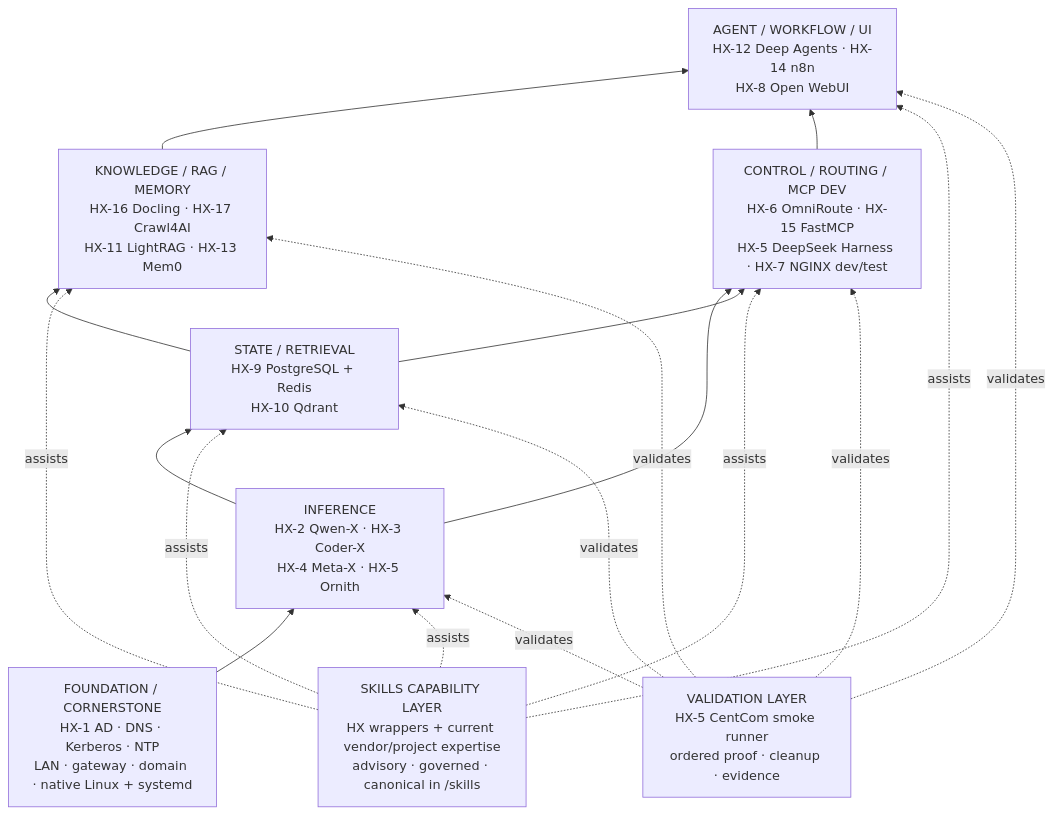
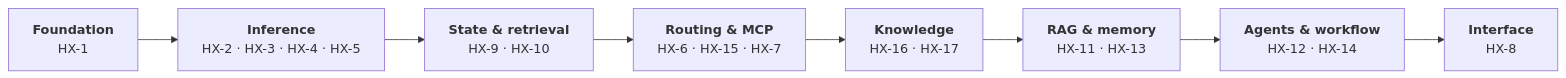
Before and after one commit to HX-Infratstructure/HX-Eco-System: the diagram in README.md, drawn with Mermaid. The commit also changed other lines of this file and 1 other file, not shown here.

First line of the commit message:
Rewrite the README against current state, and replace the diagram

````diff
--- a/README.md
+++ b/README.md
@@ -11,31 +30,13 @@
 ```mermaid
-flowchart BT
-    F["FOUNDATION / CORNERSTONE<br/>HX-1 AD · DNS · Kerberos · NTP<br/>LAN · gateway · domain · native Linux + systemd"]
-    I["INFERENCE<br/>HX-2 Qwen-X · HX-3 Coder-X<br/>HX-4 Meta-X · HX-5 Ornith"]
-    S["STATE / RETRIEVAL<br/>HX-9 PostgreSQL + Redis<br/>HX-10 Qdrant"]
-    K["KNOWLEDGE / RAG / MEMORY<br/>HX-16 Docling · HX-17 Crawl4AI<br/>HX-11 LightRAG · HX-13 Mem0"]
-    C["CONTROL / ROUTING / MCP DEV<br/>HX-6 OmniRoute · HX-15 FastMCP<br/>HX-5 DeepSeek Harness · HX-7 NGINX dev/test"]
-    A["AGENT / WORKFLOW / UI<br/>HX-12 Deep Agents · HX-14 n8n<br/>HX-8 Open WebUI"]
-    X["SKILLS CAPABILITY LAYER<br/>HX wrappers + current vendor/project expertise<br/>advisory · governed · canonical in /skills"]
-    V["VALIDATION LAYER<br/>HX-5 CentCom smoke runner<br/>ordered proof · cleanup · evidence"]
+flowchart LR
+    F["<b>Foundation</b><br/>HX-1"]
+    I["<b>Inference</b><br/>HX-2 · HX-3 · HX-4 · HX-5"]
+    S["<b>State &amp; retrieval</b><br/>HX-9 · HX-10"]
+    C["<b>Routing &amp; MCP</b><br/>HX-6 · HX-15 · HX-7"]
+    K["<b>Knowledge</b><br/>HX-16 · HX-17"]
+    R["<b>RAG &amp; memory</b><br/>HX-11 · HX-13"]
+    A["<b>Agents &amp; workflow</b><br/>HX-12 · HX-14"]
+    U["<b>Interface</b><br/>HX-8"]
 
-    F --> I
-    I --> S
-    I --> C
-    S --> K
-    S --> C
-    K --> A
-    C --> A
-
-    X -. assists .-> I
-    X -. assists .-> S
-    X -. assists .-> C
-    X -. assists .-> K
-    X -. assists .-> A
-
-    V -. validates .-> I
-    V -. validates .-> S
-    V -. validates .-> C
-    V -. validates .-> K
-    V -. validates .-> A
+    F --> I --> S --> C --> K --> R --> A --> U
 ```
````
